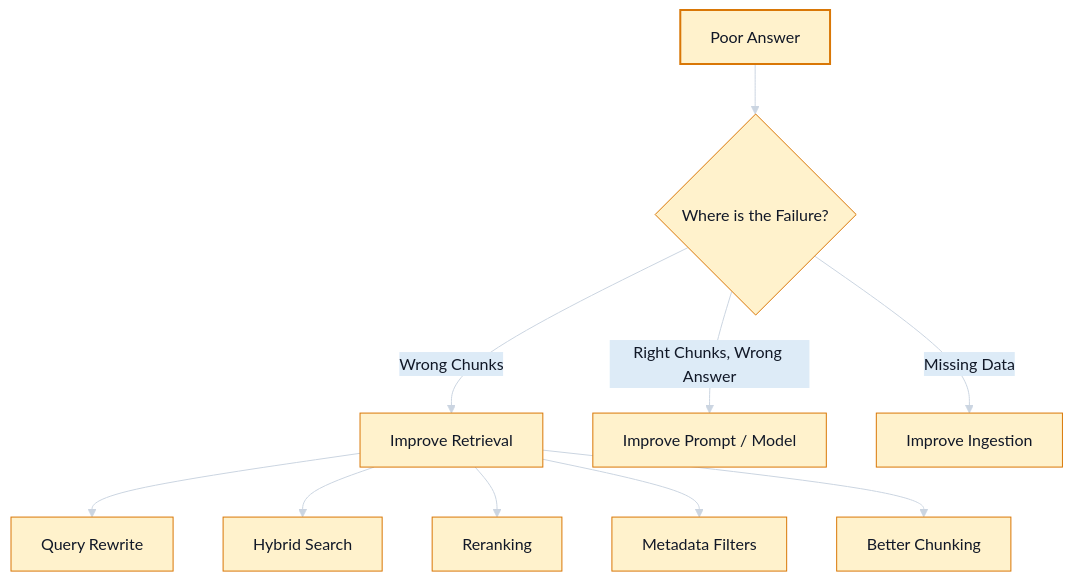
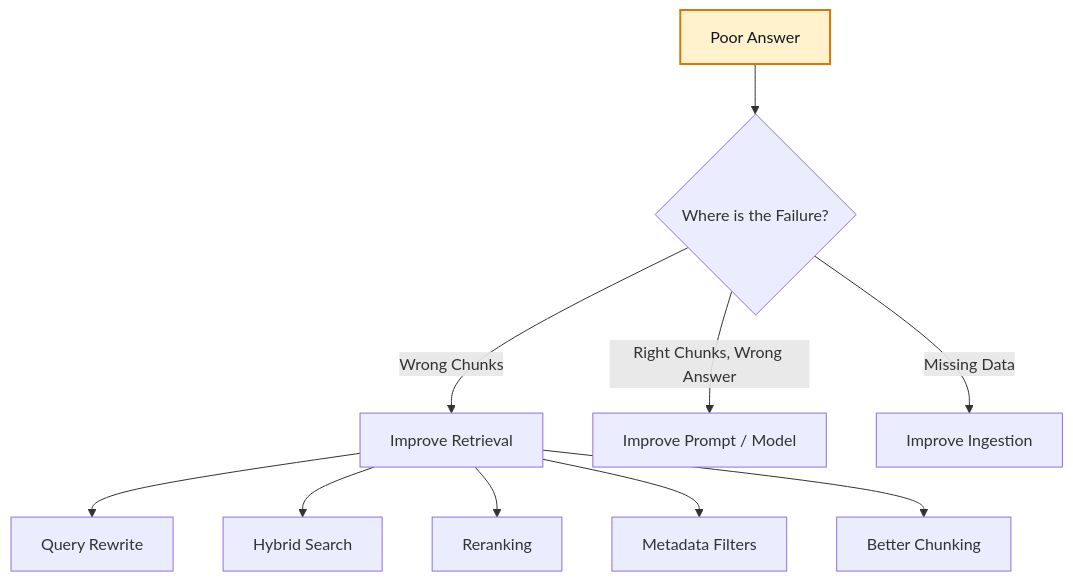
Before and after one commit to azam123/awesome-ai-engineer: the sixth of 26 diagrams in AI-Engineer-Interview-Questions-2026.md, drawn with Mermaid. The commit also changed other lines of this file, not shown here.

Commit message:
docs: fix GitHub Mermaid rendering compatibility

````diff
--- a/AI-Engineer-Interview-Questions-2026.md
+++ b/AI-Engineer-Interview-Questions-2026.md
@@ -525,17 +520,16 @@
 ```mermaid
 flowchart TD
-%%{init: {"theme":"base","themeVariables":{"background":"#111827","primaryColor":"#FFF2CC","primaryTextColor":"#111827","primaryBorderColor":"#D97706","lineColor":"#CBD5E1","secondaryColor":"#DDEBF7","secondaryTextColor":"#111827","secondaryBorderColor":"#2563EB","tertiaryColor":"#E2F0D9","tertiaryTextColor":"#111827","tertiaryBorderColor":"#15803D","noteBkgColor":"#FFF2CC","noteTextColor":"#111827","noteBorderColor":"#D97706","actorBkg":"#DDEBF7","actorBorder":"#2563EB","actorTextColor":"#111827","signalColor":"#E5E7EB","signalTextColor":"#111827","labelBoxBkgColor":"#FFF2CC","labelBoxBorderColor":"#D97706","labelTextColor":"#111827"}}}%%
+A[Poor Answer] --> B{Where is the Failure?}
+B -->|Wrong Chunks| C[Improve Retrieval]
+B -->|Right Chunks, Wrong Answer| D[Improve Prompt / Model]
+B -->|Missing Data| E[Improve Ingestion]
+C --> F[Query Rewrite]
+C --> G[Hybrid Search]
+C --> H[Reranking]
+C --> I[Metadata Filters]
+C --> J[Better Chunking]
+class A yellow
 classDef yellow fill:#FFF2CC,stroke:#D97706,stroke-width:2px,color:#111827;
 classDef blue fill:#DDEBF7,stroke:#2563EB,stroke-width:2px,color:#111827;
 classDef green fill:#E2F0D9,stroke:#15803D,stroke-width:2px,color:#111827;
-    A[Poor Answer] --> B{Where is the Failure?}
-    B -->|Wrong Chunks| C[Improve Retrieval]
-    B -->|Right Chunks, Wrong Answer| D[Improve Prompt / Model]
-    B -->|Missing Data| E[Improve Ingestion]
-    C --> F[Query Rewrite]
-    C --> G[Hybrid Search]
-    C --> H[Reranking]
-    C --> I[Metadata Filters]
-    C --> J[Better Chunking]
-    class A yellow;
 ```
````
